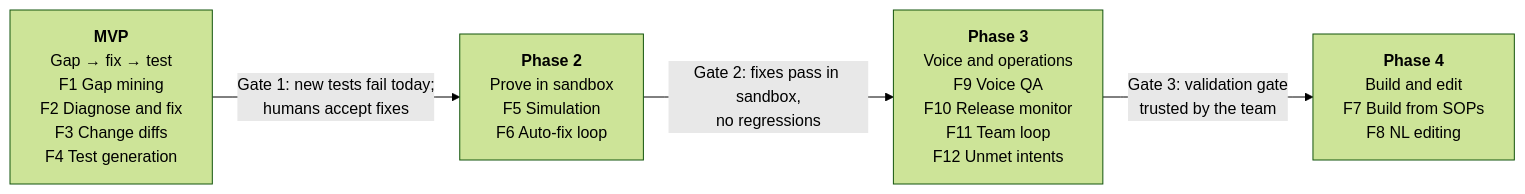
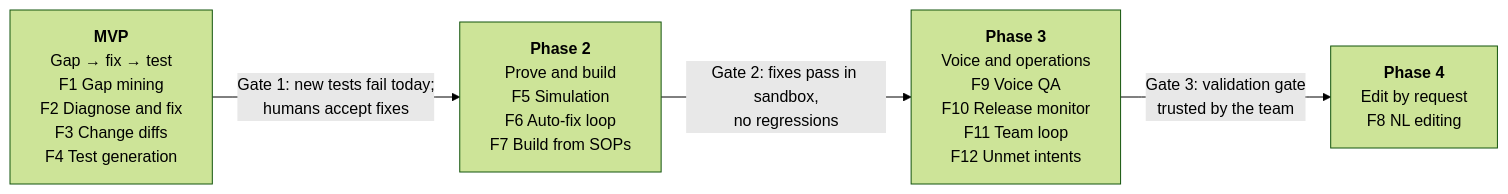
One commit to udaygreddy/SutraAI changed the diagram in docs/ghostwriter/feature-catalog.md. Above: the diagram before and after it, drawn with Mermaid (forest theme). The commit also changed other lines of this file and 12 other files, not shown here.

First line of the commit message:
Move F7 to Phase 2; add ADP-themed HTML docs and their build

````diff
--- a/docs/ghostwriter/feature-catalog.md
+++ b/docs/ghostwriter/feature-catalog.md
@@ -160,10 +161,10 @@
 ```mermaid
 flowchart LR
   MVP["<b>MVP</b><br/>Gap → fix → test<br/>F1 Gap mining<br/>F2 Diagnose and fix<br/>F3 Change diffs<br/>F4 Test generation"]
-  P2["<b>Phase 2</b><br/>Prove in sandbox<br/>F5 Simulation<br/>F6 Auto-fix loop"]
+  P2["<b>Phase 2</b><br/>Prove and build<br/>F5 Simulation<br/>F6 Auto-fix loop<br/>F7 Build from SOPs"]
   P3["<b>Phase 3</b><br/>Voice and operations<br/>F9 Voice QA<br/>F10 Release monitor<br/>F11 Team loop<br/>F12 Unmet intents"]
-  P4["<b>Phase 4</b><br/>Build and edit<br/>F7 Build from SOPs<br/>F8 NL editing"]
+  P4["<b>Phase 4</b><br/>Edit by request<br/>F8 NL editing"]
   MVP -- "Gate 1: new tests fail today;<br/>humans accept fixes" --> P2
   P2 -- "Gate 2: fixes pass in sandbox,<br/>no regressions" --> P3
   P3 -- "Gate 3: validation gate<br/>trusted by the team" --> P4
 ```
````
